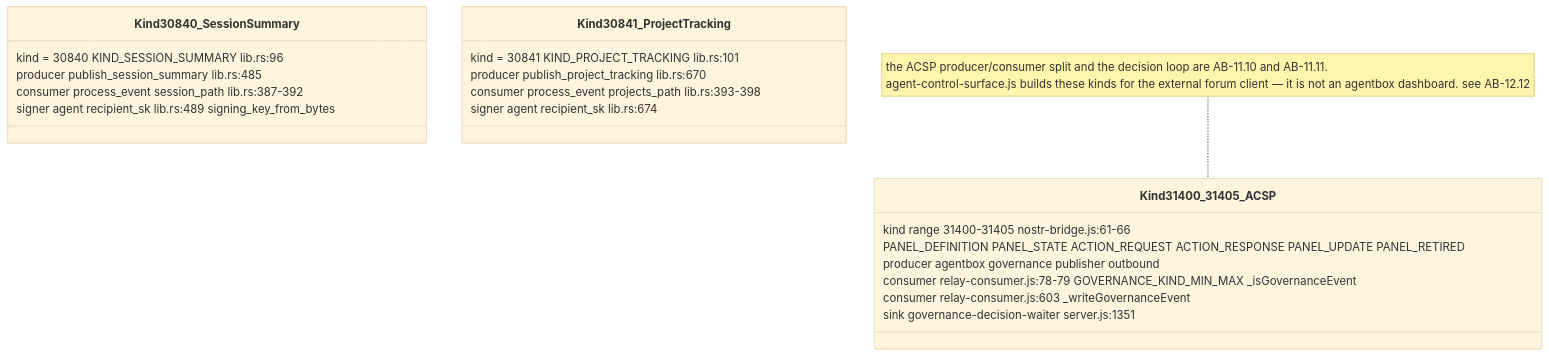
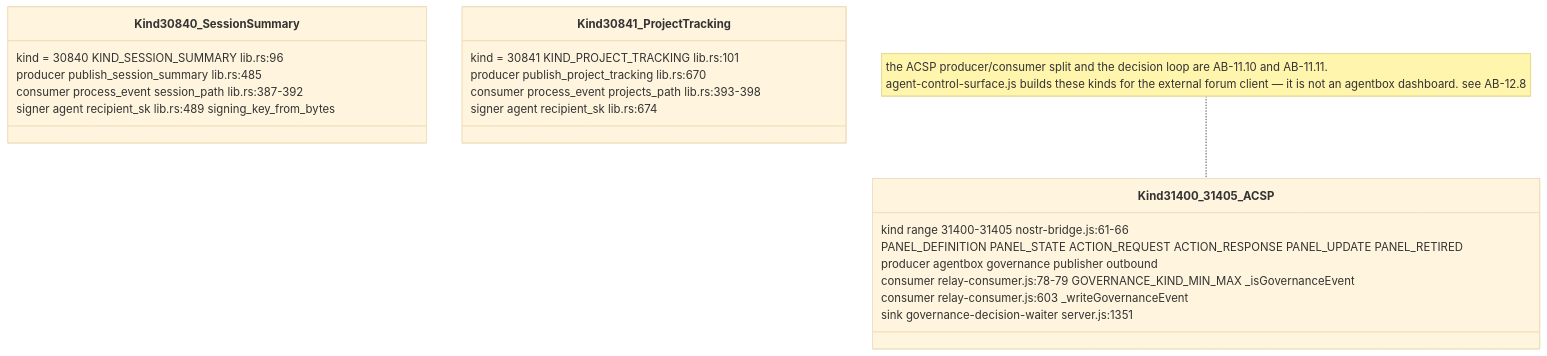
One commit to DreamLab-AI/VisionFlow changed the fifth of 16 diagrams in docs/diagrams/agentbox/13-nostr-relay-gateway-bridge-mirror.md. Above: the diagram before and after it, drawn with Mermaid (base theme). The commit also changed other lines of this file and 136 other files, not shown here.

First line of the commit message:
docs(diagrams): refresh the whole corpus to code HEAD and prune low-value diagrams

````diff
--- a/docs/diagrams/agentbox/13-nostr-relay-gateway-bridge-mirror.md
+++ b/docs/diagrams/agentbox/13-nostr-relay-gateway-bridge-mirror.md
@@ -204,24 +204,24 @@
 ```mermaid
 classDiagram
     class Kind30840_SessionSummary {
         kind = 30840 KIND_SESSION_SUMMARY lib.rs:96
         producer publish_session_summary lib.rs:485
         consumer process_event session_path lib.rs:387-392
         signer agent recipient_sk lib.rs:489 signing_key_from_bytes
     }
     class Kind30841_ProjectTracking {
         kind = 30841 KIND_PROJECT_TRACKING lib.rs:101
         producer publish_project_tracking lib.rs:670
         consumer process_event projects_path lib.rs:393-398
         signer agent recipient_sk lib.rs:674
     }
     class Kind31400_31405_ACSP {
         kind range 31400-31405 nostr-bridge.js:61-66
         PANEL_DEFINITION PANEL_STATE ACTION_REQUEST ACTION_RESPONSE PANEL_UPDATE PANEL_RETIRED
         producer agentbox governance publisher outbound
         consumer relay-consumer.js:78-79 GOVERNANCE_KIND_MIN_MAX _isGovernanceEvent
         consumer relay-consumer.js:603 _writeGovernanceEvent
         sink governance-decision-waiter server.js:1351
     }
-    note for Kind31400_31405_ACSP "the ACSP producer/consumer split and the decision loop are AB-11.10 and AB-11.11.<br/>agent-control-surface.js builds these kinds for the external forum client — it is not an agentbox dashboard. see AB-12.12"
+    note for Kind31400_31405_ACSP "the ACSP producer/consumer split and the decision loop are AB-11.10 and AB-11.11.<br/>agent-control-surface.js builds these kinds for the external forum client — it is not an agentbox dashboard. see AB-12.8"
 ```
````
